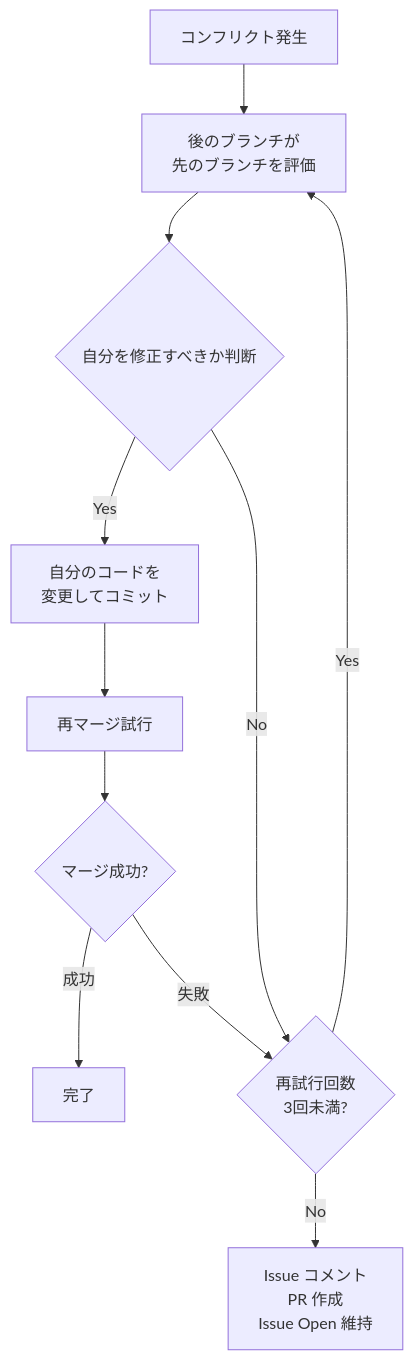
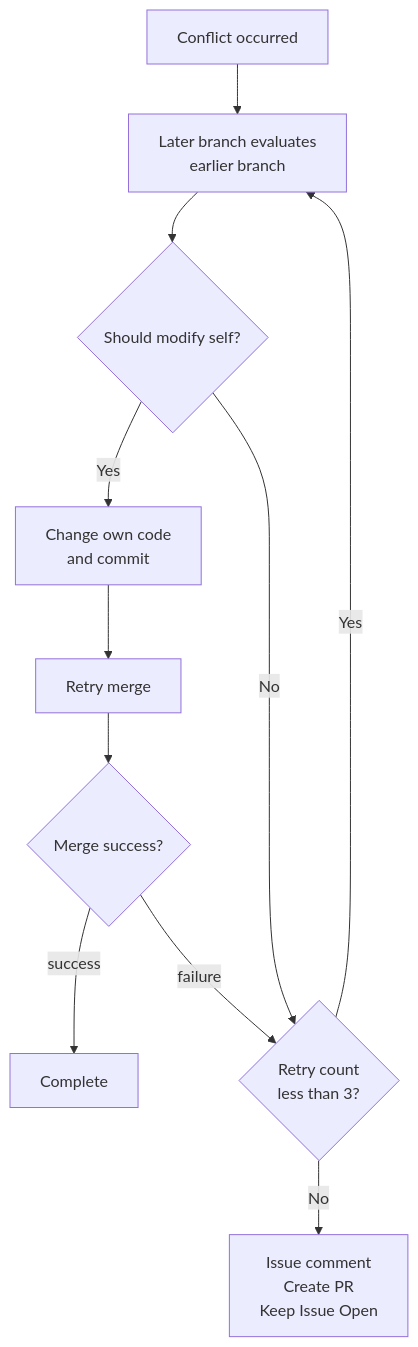
One commit to tettuan/climpt changed the second of 2 diagrams in docs/internal/worktree-design.md. Above: the diagram before and after it, drawn with Mermaid. The commit also changed other lines of this file and 21 other files, not shown here.

````diff
--- a/docs/internal/worktree-design.md
+++ b/docs/internal/worktree-design.md
@@ -138,17 +136,17 @@
 ```mermaid
 flowchart TD
-    A[コンフリクト発生] --> B[後のブランチが<br/>先のブランチを評価]
-    B --> C{自分を修正すべきか判断}
+    A[Conflict occurred] --> B[Later branch evaluates<br/>earlier branch]
+    B --> C{Should modify self?}
 
-    C -->|Yes| D[自分のコードを<br/>変更してコミット]
-    D --> E[再マージ試行]
-    E --> F{マージ成功?}
+    C -->|Yes| D[Change own code<br/>and commit]
+    D --> E[Retry merge]
+    E --> F{Merge success?}
 
-    F -->|成功| G[完了]
-    F -->|失敗| H{再試行回数<br/>3回未満?}
+    F -->|success| G[Complete]
+    F -->|failure| H{Retry count<br/>less than 3?}
 
     C -->|No| H
 
     H -->|Yes| B
-    H -->|No| I[Issue コメント<br/>PR 作成<br/>Issue Open 維持]
+    H -->|No| I[Issue comment<br/>Create PR<br/>Keep Issue Open]
 ```
````
